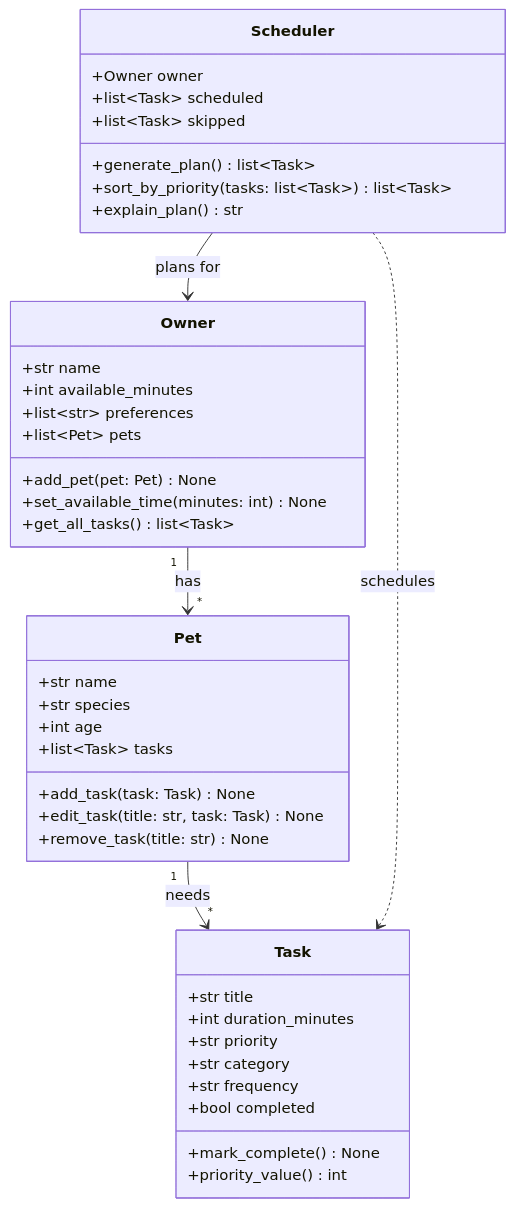
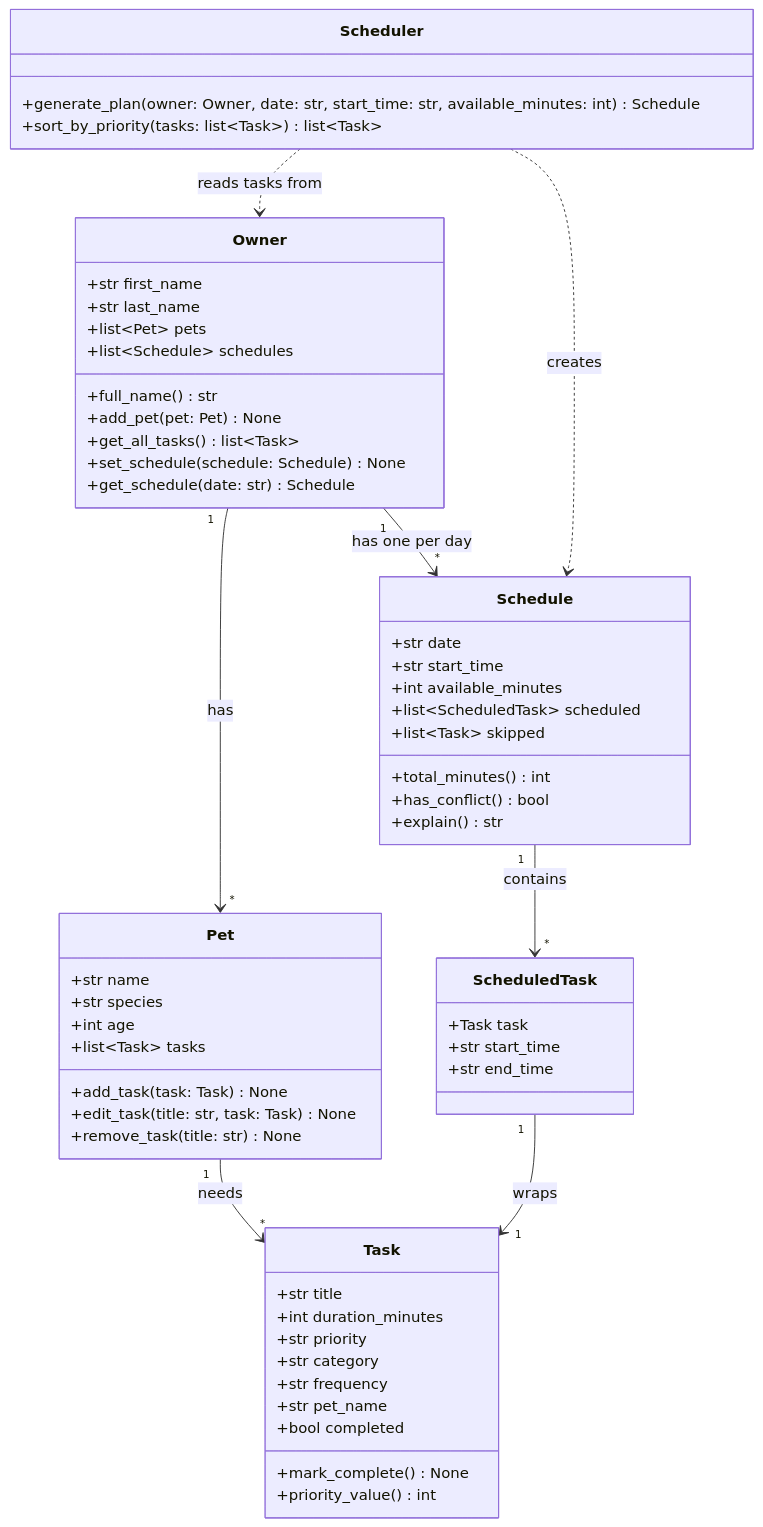
The diagram in diagrams/uml.mmd (mjh-projects/ai110-module2show-pawpal-starter), drawn with Mermaid before and after one commit.

Commit message:
Redesign UML to simplify: one schedule per day, multi-pet support

```diff
--- a/diagrams/uml.mmd
+++ b/diagrams/uml.mmd
@@ -1,45 +1,64 @@
 classDiagram
     class Owner {
-        +str name
-        +int available_minutes
-        +list~str~ preferences
+        +str first_name
+        +str last_name
         +list~Pet~ pets
+        +list~Schedule~ schedules
+        +full_name() str
         +add_pet(pet: Pet) None
-        +set_available_time(minutes: int) None
         +get_all_tasks() list~Task~
+        +set_schedule(schedule: Schedule) None
+        +get_schedule(date: str) Schedule
     }
 
     class Pet {
         +str name
         +str species
         +int age
         +list~Task~ tasks
         +add_task(task: Task) None
         +edit_task(title: str, task: Task) None
         +remove_task(title: str) None
     }
 
     class Task {
         +str title
         +int duration_minutes
         +str priority
         +str category
         +str frequency
+        +str pet_name
         +bool completed
         +mark_complete() None
         +priority_value() int
     }
 
+    class ScheduledTask {
+        +Task task
+        +str start_time
+        +str end_time
+    }
+
+    class Schedule {
+        +str date
+        +str start_time
+        +int available_minutes
+        +list~ScheduledTask~ scheduled
+        +list~Task~ skipped
+        +total_minutes() int
+        +has_conflict() bool
+        +explain() str
+    }
+
     class Scheduler {
-        +Owner owner
-        +list~Task~ scheduled
-        +list~Task~ skipped
-        +generate_plan() list~Task~
+        +generate_plan(owner: Owner, date: str, start_time: str, available_minutes: int) Schedule
         +sort_by_priority(tasks: list~Task~) list~Task~
-        +explain_plan() str
     }
 
     Owner "1" --> "*" Pet : has
+    Owner "1" --> "*" Schedule : has one per day
     Pet "1" --> "*" Task : needs
-    Scheduler --> Owner : plans for
-    Scheduler ..> Task : schedules
+    Schedule "1" --> "*" ScheduledTask : contains
+    ScheduledTask "1" --> "1" Task : wraps
+    Scheduler ..> Owner : reads tasks from
+    Scheduler ..> Schedule : creates
```
